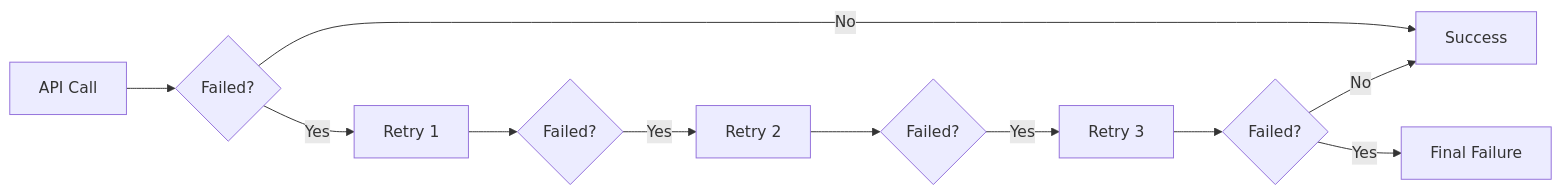
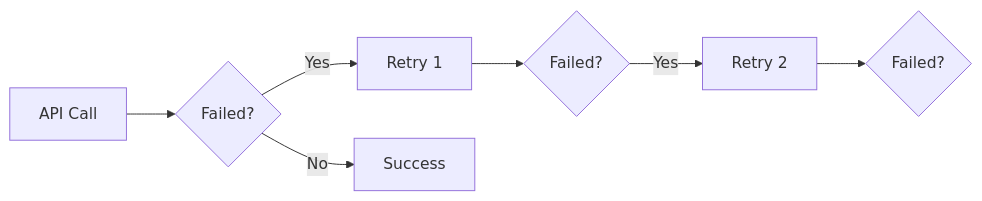
Before and after one commit to wisrovi/wpipe: the first of 5 diagrams in examples/api_pipeline/07_api_retry_config/README.md, drawn with Mermaid. The commit also changed other lines of this file and 20 other files, not shown here.

First line of the commit message:
Simplify Mermaid diagrams for better rendering

````diff
--- a/examples/api_pipeline/07_api_retry_config/README.md
+++ b/examples/api_pipeline/07_api_retry_config/README.md
@@ -14,13 +14,9 @@
 ```mermaid
 graph LR
     A[API Call] --> B{Failed?}
     B -->|Yes| C[Retry 1]
     C --> D{Failed?}
     D -->|Yes| E[Retry 2]
     E --> F{Failed?}
-    F -->|Yes| G[Retry 3]
-    G --> H{Failed?}
-    B -->|No| I[Success]
-    H -->|No| I
-    H -->|Yes| J[Final Failure]
+    B -->|No| G[Success]
 ```
````
